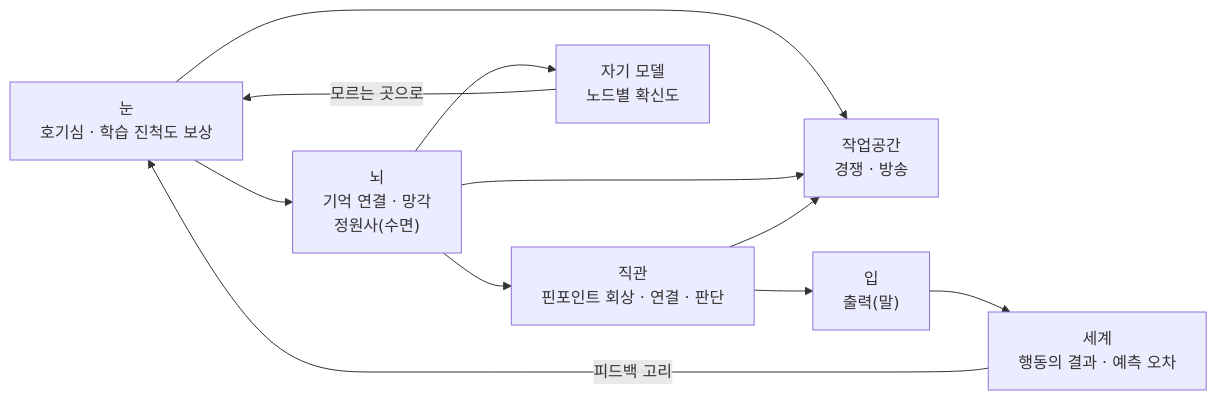
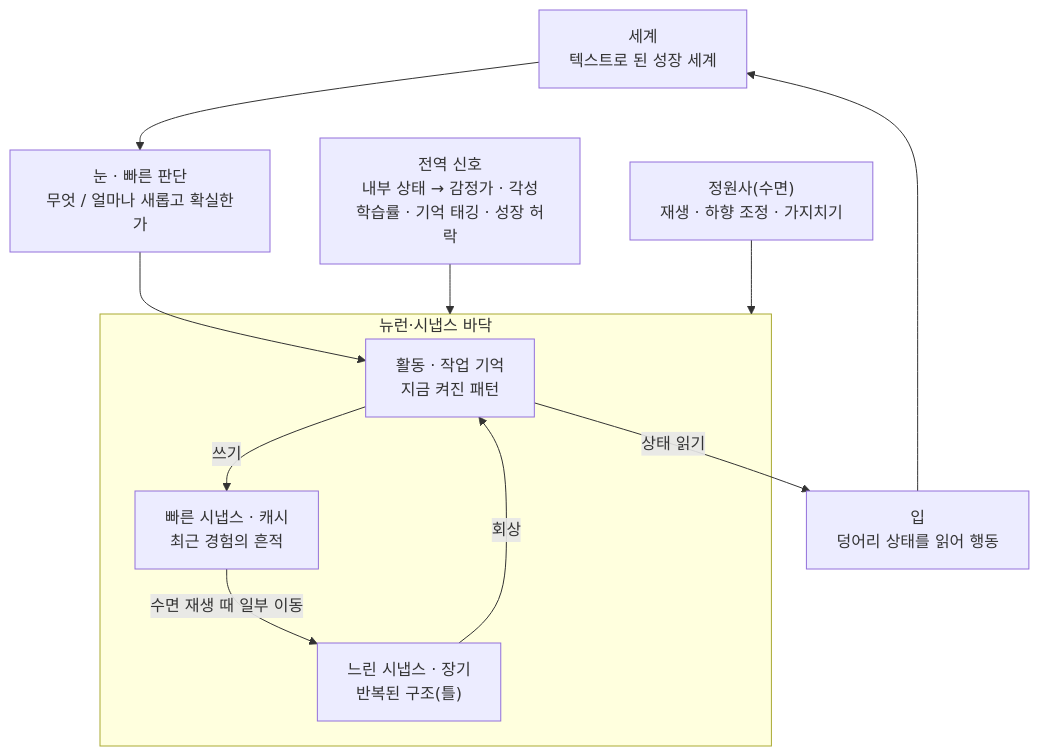
One commit to Larry-Choi/Project_Memoria_concept changed the diagram in docs/design-guideline.md. Above: the diagram before and after it, drawn with Mermaid. The commit also changed other lines of this file, not shown here.

````diff
--- a/docs/design-guideline.md
+++ b/docs/design-guideline.md
@@ -15,17 +35,17 @@
 ```mermaid
-flowchart LR
-    WS["작업공간<br>경쟁 · 방송"]
-    EYE["눈<br>호기심 · 학습 진척도 보상"]
-    BRAIN["뇌<br>기억 연결 · 망각<br>정원사(수면)"]
-    INT["직관<br>핀포인트 회상 · 연결 · 판단"]
-    MOUTH["입<br>출력(말)"]
-    WORLD["세계<br>행동의 결과 · 예측 오차"]
-    SELF["자기 모델<br>노드별 확신도"]
-    EYE --> BRAIN --> INT --> MOUTH --> WORLD
-    WORLD -- "피드백 고리" --> EYE
-    BRAIN --> SELF
-    SELF -- "모르는 곳으로" --> EYE
-    EYE --> WS
-    BRAIN --> WS
-    INT --> WS
+flowchart TB
+    WORLD["세계<br>텍스트로 된 성장 세계"] --> EYE["눈 · 빠른 판단<br>무엇 / 얼마나 새롭고 확실한가"]
+    subgraph SUB["뉴런·시냅스 바닥"]
+        ACT["활동 · 작업 기억<br>지금 켜진 패턴"]
+        FAST["빠른 시냅스 · 캐시<br>최근 경험의 흔적"]
+        SLOW["느린 시냅스 · 장기<br>반복된 구조(틀)"]
+        ACT -->|쓰기| FAST
+        FAST -->|수면 재생 때 일부 이동| SLOW
+        SLOW -->|회상| ACT
+    end
+    EYE --> ACT
+    ACT -->|상태 읽기| MOUTH["입<br>덩어리 상태를 읽어 행동"]
+    MOUTH --> WORLD
+    SIG["전역 신호<br>내부 상태 → 감정가 · 각성<br>학습률 · 기억 태깅 · 성장 허락"] --> SUB
+    GARD["정원사(수면)<br>재생 · 하향 조정 · 가지치기"] --> SUB
 ```
````
